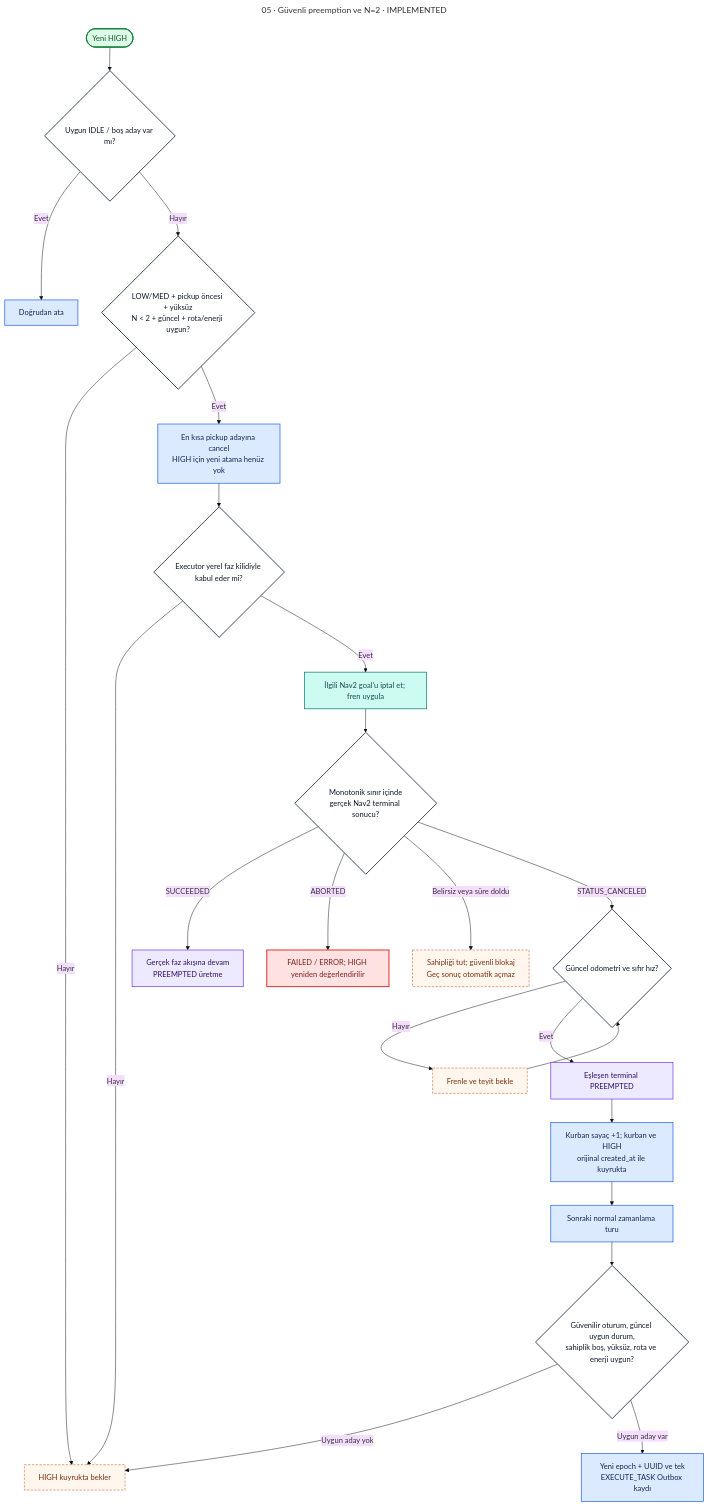
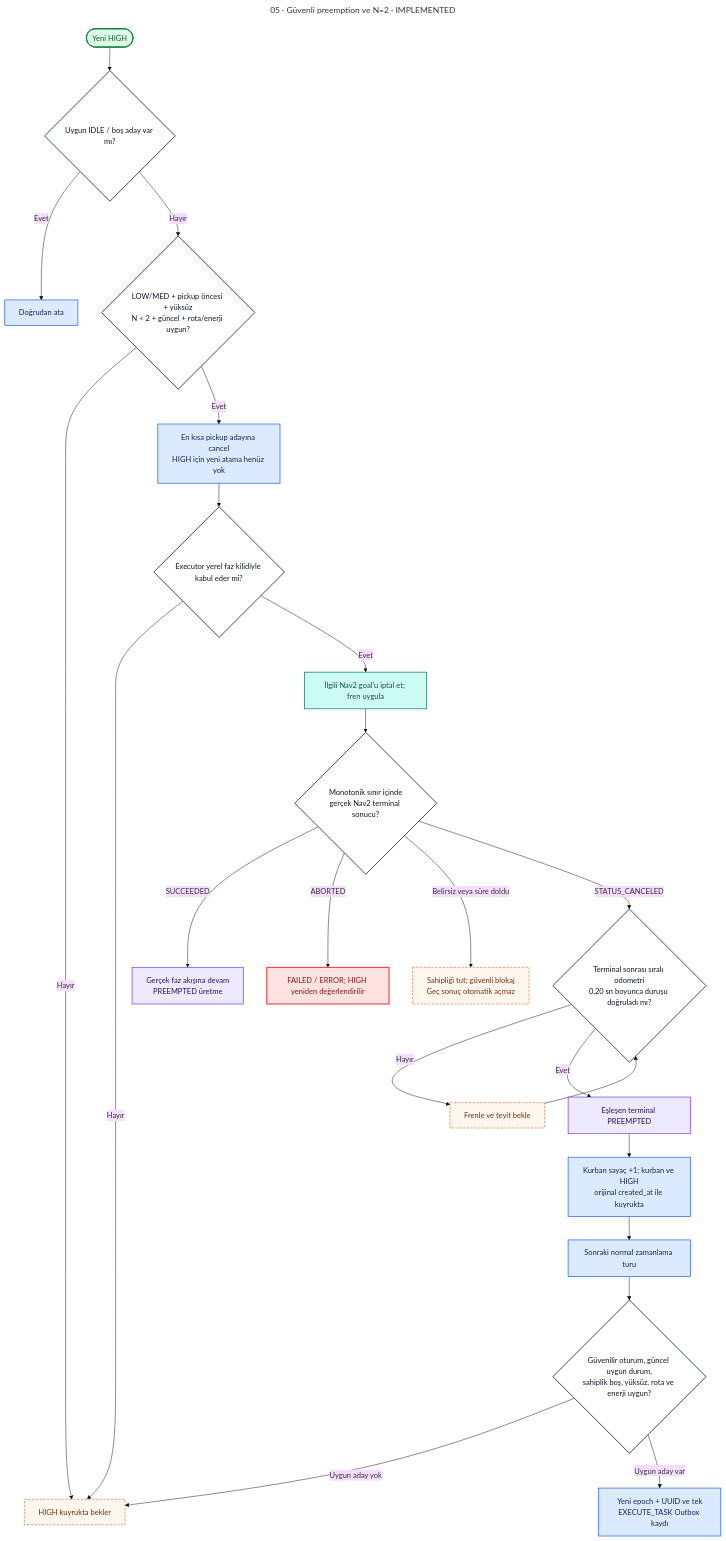
Before and after one commit to m-gnr/ros2-fleet-manager: the diagram in docs/diagrams/src/safe-preemption.mmd, drawn with Mermaid (base theme). The commit also changed 41 other files, not shown here.

```diff
--- a/docs/diagrams/src/safe-preemption.mmd
+++ b/docs/diagrams/src/safe-preemption.mmd
@@ -1,36 +1,36 @@
 ---
 title: "05 · Güvenli preemption ve N=2 · IMPLEMENTED"
 ---
 flowchart TD
  H(["Yeni HIGH"]):::terminal --> ID{"Uygun IDLE / boş aday var mı?"}:::decision
  ID -->|"Evet"| DIR["Doğrudan ata"]:::fm
  ID -->|"Hayır"| V{"LOW/MED + pickup öncesi + yüksüz<br/>N < 2 + güncel + rota/enerji uygun?"}:::decision
  V -->|"Hayır"| W["HIGH kuyrukta bekler"]:::wait
  V -->|"Evet"| C["En kısa pickup adayına cancel<br/>HIGH için yeni atama henüz yok"]:::fm
  C --> X{"Executor yerel faz kilidiyle kabul eder mi?"}:::decision
  X -->|"Hayır"| W
  X -->|"Evet"| NAV["İlgili Nav2 goal'u iptal et; fren uygula"]:::nav
  NAV --> T{"Monotonik sınır içinde<br/>gerçek Nav2 terminal sonucu?"}:::decision
  T -->|"SUCCEEDED"| N["Gerçek faz akışına devam<br/>PREEMPTED üretme"]:::executor
  T -->|"ABORTED"| E["FAILED / ERROR; HIGH yeniden değerlendirilir"]:::error
  T -->|"Belirsiz veya süre doldu"| B["Sahipliği tut; güvenli blokaj<br/>Geç sonuç otomatik açmaz"]:::wait
- T -->|"STATUS_CANCELED"| O{"Güncel odometri ve sıfır hız?"}:::decision
+ T -->|"STATUS_CANCELED"| O{"Terminal sonrası sıralı odometri<br/>0,20 sn boyunca duruşu doğruladı mı?"}:::decision
  O -->|"Hayır"| BRAKE["Frenle ve teyit bekle"]:::wait
  BRAKE --> O
  O -->|"Evet"| R["Eşleşen terminal PREEMPTED"]:::executor
  R --> Q["Kurban sayaç +1; kurban ve HIGH<br/>orijinal created_at ile kuyrukta"]:::fm
  Q --> S["Sonraki normal zamanlama turu"]:::fm
  S --> EL{"Güvenilir oturum, güncel uygun durum,<br/>sahiplik boş, yüksüz, rota ve enerji uygun?"}:::decision
  EL -->|"Uygun aday yok"| W
  EL -->|"Uygun aday var"| NEW["Yeni epoch + UUID ve tek<br/>EXECUTE_TASK Outbox kaydı"]:::fm
 
  classDef fm fill:#dbeafe,stroke:#2563eb,color:#172554,stroke-width:1.5px;
  classDef executor fill:#ede9fe,stroke:#7c3aed,color:#2e1065,stroke-width:1.5px;
  classDef nav fill:#ccfbf1,stroke:#0f766e,color:#134e4a,stroke-width:1.5px;
  classDef battery fill:#fef3c7,stroke:#d97706,color:#78350f,stroke-width:1.5px;
  classDef db fill:#e2e8f0,stroke:#475569,color:#0f172a,stroke-width:1.5px;
  classDef ui fill:#fce7f3,stroke:#be185d,color:#831843,stroke-width:1.5px;
  classDef decision fill:#fff,stroke:#334155,color:#0f172a,stroke-width:2px;
  classDef error fill:#fee2e2,stroke:#dc2626,color:#7f1d1d,stroke-width:2px;
  classDef wait fill:#fff7ed,stroke:#c2410c,color:#7c2d12,stroke-dasharray:5 3;
  classDef terminal fill:#dcfce7,stroke:#15803d,color:#14532d,stroke-width:2px;
```
